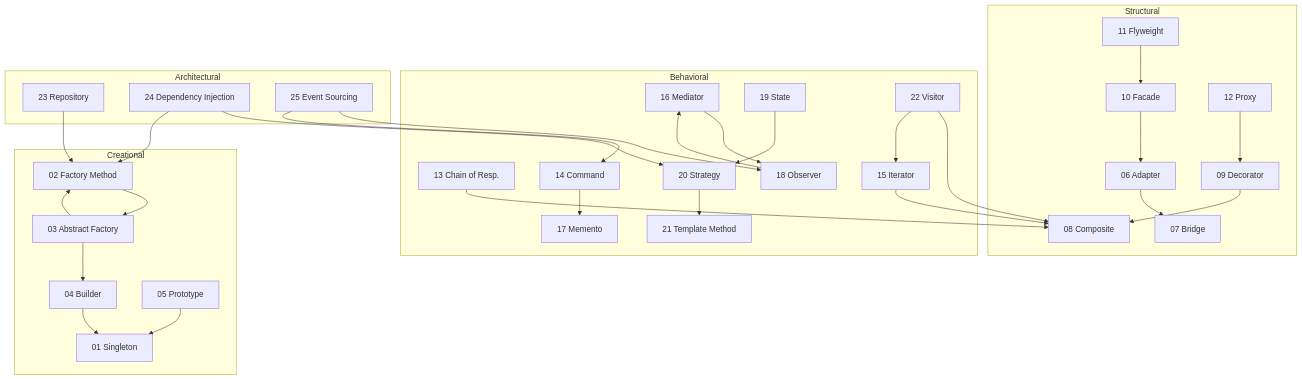
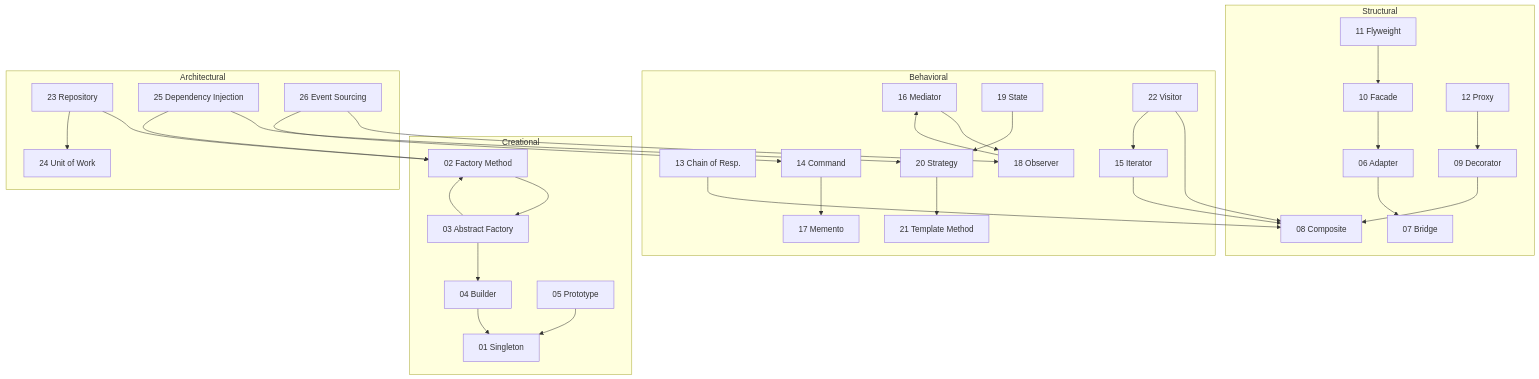
One commit to vadde/DesignPatterns changed the diagram in README.md. Above: the diagram before and after it, drawn with Mermaid. The commit also changed other lines of this file and 28 other files, not shown here.

````diff
--- a/README.md
+++ b/README.md
@@ -102,67 +104,69 @@
 ```mermaid
 graph TB
     subgraph "Creational"
         S["01 Singleton"]
         FM["02 Factory Method"]
         AF["03 Abstract Factory"]
         B["04 Builder"]
         P["05 Prototype"]
     end
 
     subgraph "Structural"
         AD["06 Adapter"]
         BR["07 Bridge"]
         CO["08 Composite"]
         DE["09 Decorator"]
         FA["10 Facade"]
         FW["11 Flyweight"]
         PR["12 Proxy"]
     end
 
     subgraph "Behavioral"
         COR["13 Chain of Resp."]
         CMD["14 Command"]
         IT["15 Iterator"]
         MED["16 Mediator"]
         MEM["17 Memento"]
         OBS["18 Observer"]
         ST["19 State"]
         STR["20 Strategy"]
         TM["21 Template Method"]
         VI["22 Visitor"]
     end
 
     subgraph "Architectural"
         RP["23 Repository"]
-        DI["24 Dependency Injection"]
-        ES["25 Event Sourcing"]
+        UOW["24 Unit of Work"]
+        DI["25 Dependency Injection"]
+        ES["26 Event Sourcing"]
     end
 
     FM --> AF
     AF --> FM
     B --> S
     AF --> B
     P --> S
 
     AD --> BR
     DE --> CO
     PR --> DE
     FA --> AD
     FW --> FA
 
     COR --> CO
     CMD --> MEM
     IT --> CO
     MED --> OBS
     OBS --> MED
     ST --> STR
     STR --> TM
     VI --> CO
     VI --> IT
 
     RP --> FM
+    RP --> UOW
     DI --> STR
     DI --> FM
     ES --> OBS
     ES --> CMD
 ```
````
